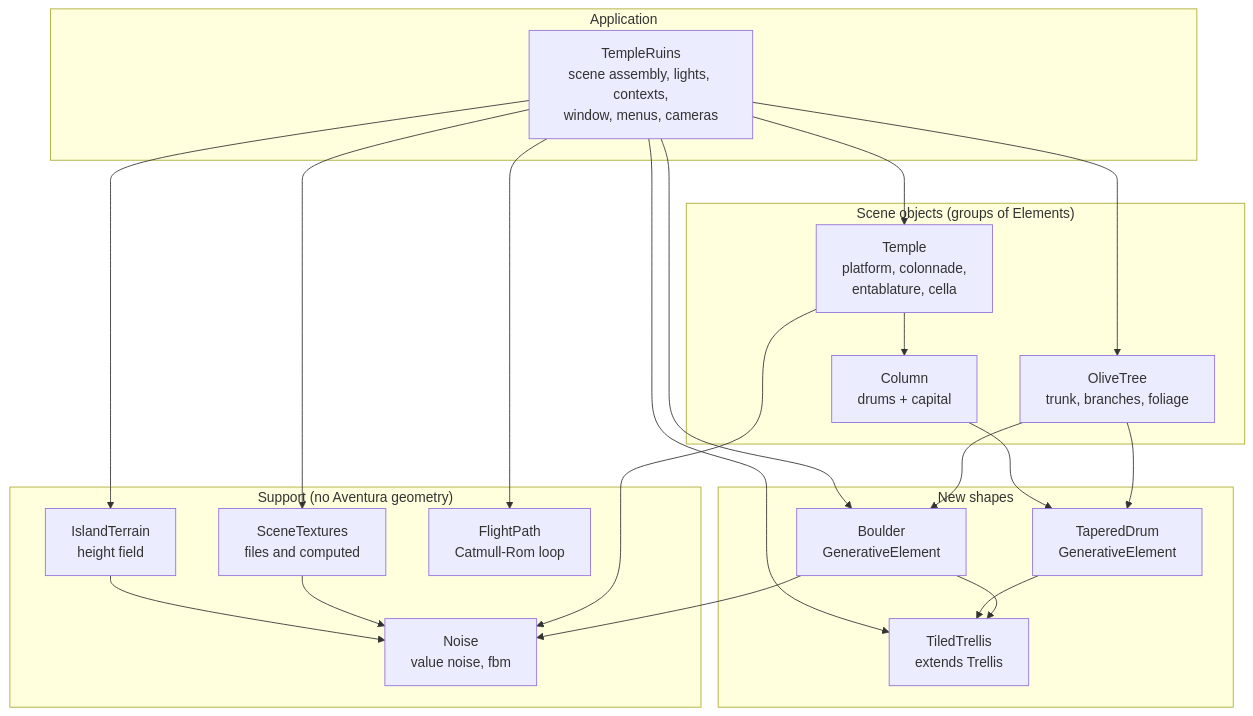
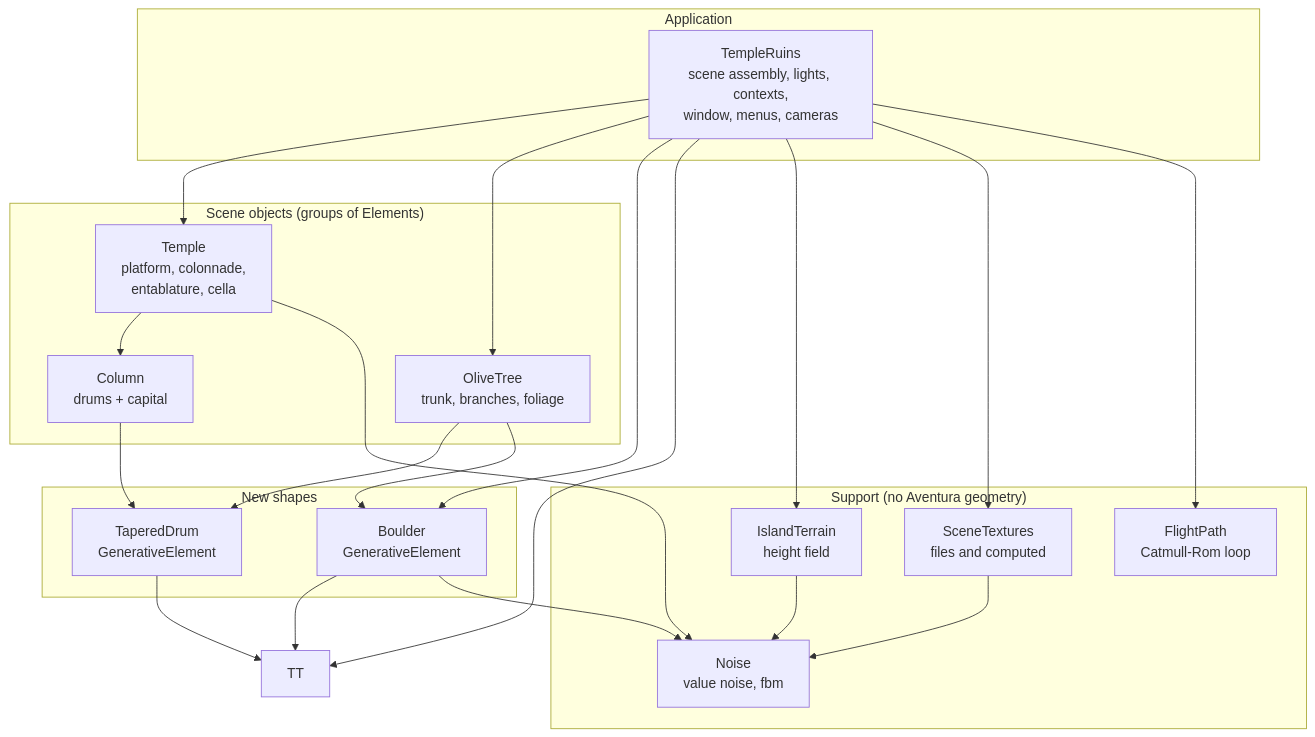
The second of 4 diagrams in docs/TEMPLE_RUINS.md (obarry/Aventura), drawn with Mermaid before and after one commit. The commit also changed other lines of this file and 17 other files, not shown here.

````diff
--- a/docs/TEMPLE_RUINS.md
+++ b/docs/TEMPLE_RUINS.md
@@ -130,32 +130,31 @@
 ```mermaid
 flowchart TB
     subgraph APP["Application"]
         TR["TempleRuins<br/>scene assembly, lights, contexts,<br/>window, menus, cameras"]
     end
     subgraph SCENE["Scene objects (groups of Elements)"]
         TE["Temple<br/>platform, colonnade,<br/>entablature, cella"]
         CO["Column<br/>drums + capital"]
         OT["OliveTree<br/>trunk, branches, foliage"]
     end
     subgraph SHAPES["New shapes"]
         TD["TaperedDrum<br/>GenerativeElement"]
         BO["Boulder<br/>GenerativeElement"]
-        TT["TiledTrellis<br/>extends Trellis"]
     end
     subgraph SUPPORT["Support (no Aventura geometry)"]
         IT["IslandTerrain<br/>height field"]
         ST["SceneTextures<br/>files and computed"]
         FP["FlightPath<br/>Catmull-Rom loop"]
         NO["Noise<br/>value noise, fbm"]
     end
     TR --> TE & OT & BO & TT & IT & ST & FP
     TE --> CO
     CO --> TD
     OT --> TD & BO
     TD --> TT
     BO --> TT
     IT --> NO
     BO --> NO
     ST --> NO
     TE --> NO
 ```
````
